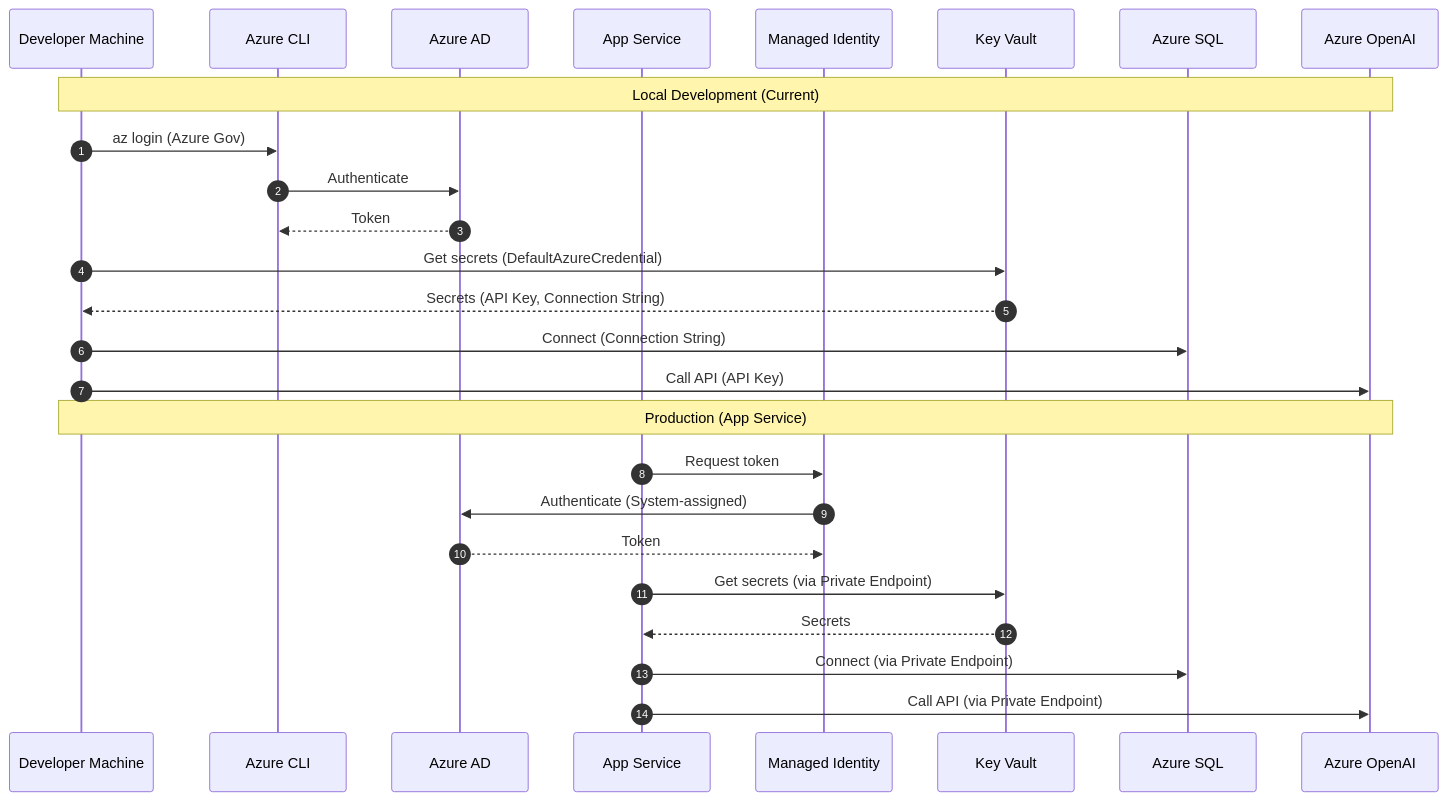
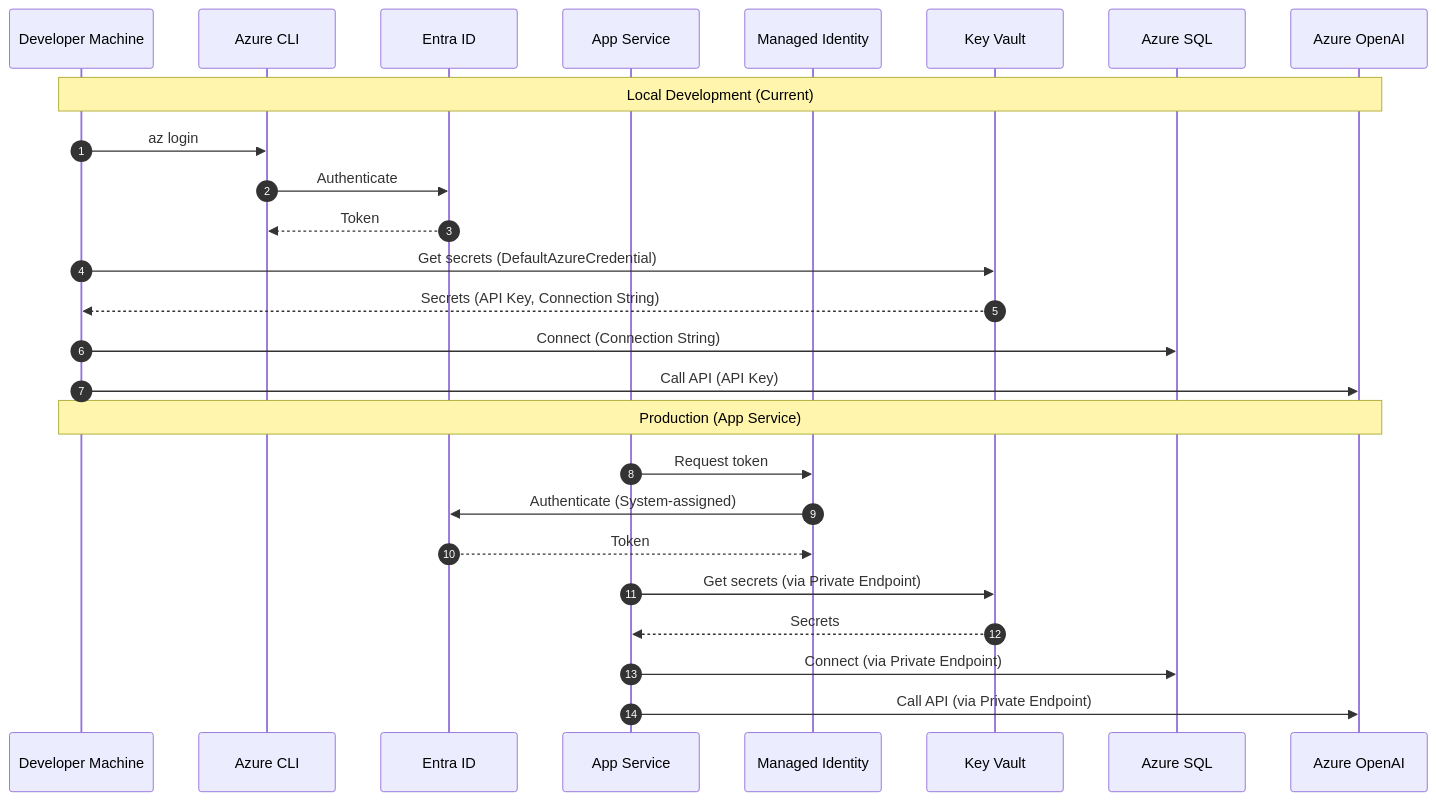
One commit to KyleMonteagudo/csat-guardian changed the third of 4 diagrams in docs/diagrams/infrastructure.md. Above: the diagram before and after it, drawn with Mermaid. The commit also changed other lines of this file and 28 other files, not shown here.

````diff
--- a/docs/diagrams/infrastructure.md
+++ b/docs/diagrams/infrastructure.md
@@ -144,30 +141,30 @@
 ```mermaid
 sequenceDiagram
     autonumber
     participant Dev as Developer Machine
     participant AzCLI as Azure CLI
-    participant AAD as Azure AD
+    participant AAD as Entra ID
     participant App as App Service
     participant MI as Managed Identity
     participant KV as Key Vault
     participant SQL as Azure SQL
     participant OAI as Azure OpenAI
 
     Note over Dev,OAI: Local Development (Current)
-    Dev->>AzCLI: az login (Azure Gov)
+    Dev->>AzCLI: az login
     AzCLI->>AAD: Authenticate
     AAD-->>AzCLI: Token
     Dev->>KV: Get secrets (DefaultAzureCredential)
     KV-->>Dev: Secrets (API Key, Connection String)
     Dev->>SQL: Connect (Connection String)
     Dev->>OAI: Call API (API Key)
 
     Note over Dev,OAI: Production (App Service)
     App->>MI: Request token
     MI->>AAD: Authenticate (System-assigned)
     AAD-->>MI: Token
     App->>KV: Get secrets (via Private Endpoint)
     KV-->>App: Secrets
     App->>SQL: Connect (via Private Endpoint)
     App->>OAI: Call API (via Private Endpoint)
 ```
````
